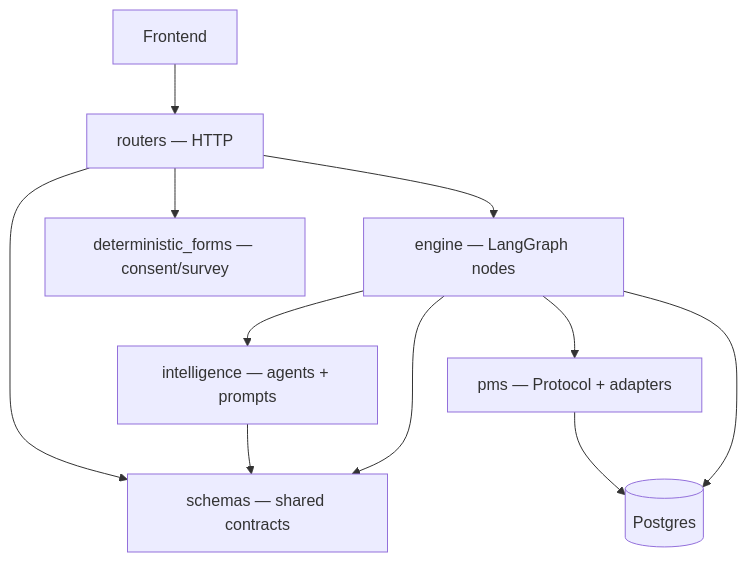
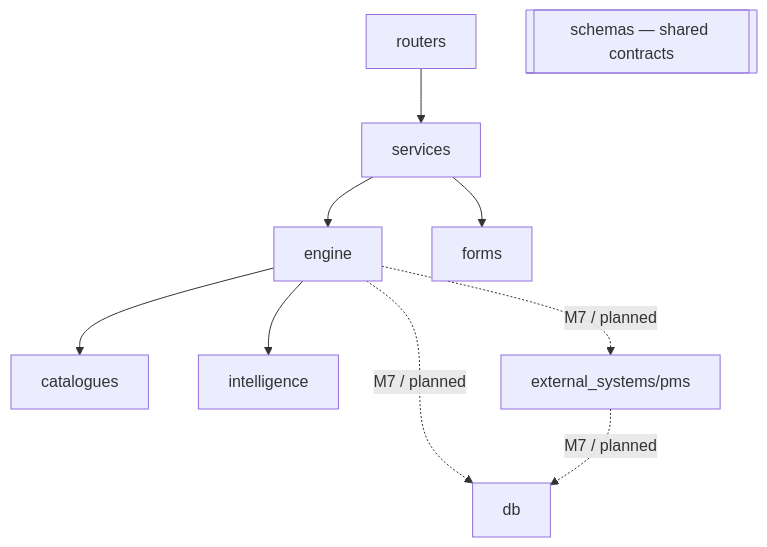
The first of 4 diagrams in docs/structures/structure.md (Align-Health-Tech/Align-Main), drawn with Mermaid before and after one commit. The commit also changed other lines of this file and 77 other files, not shown here.

````diff
--- a/docs/structures/structure.md
+++ b/docs/structures/structure.md
@@ -7,20 +7,22 @@
 ```mermaid
 flowchart TB
-  FE[Frontend]
-  R[routers — HTTP]
-  E[engine — LangGraph nodes]
-  S[schemas — shared contracts]
-  INT[intelligence — agents + prompts]
-  PMS[pms — Protocol + adapters]
-  DB[(Postgres)]
+  R[routers]
+  SVC[services]
+  E[engine]
+  F[forms]
+  C[catalogues]
+  INT[intelligence]
+  PMS[external_systems/pms]
+  DB[db]
 
-  FE --> R --> E
-  R --> DF[deterministic_forms — consent/survey]
-  E --> S
-  INT --> S
-  R --> S
+  R --> SVC
+  SVC --> E
+  SVC --> F
   E --> INT
-  E --> PMS
-  E --> DB
-  PMS --> DB
+  E --> C
+  E -.->|M7 / planned| PMS
+  E -.->|M7 / planned| DB
+  PMS -.->|M7 / planned| DB
+
+  S[[schemas — shared contracts]]
 ```
````
